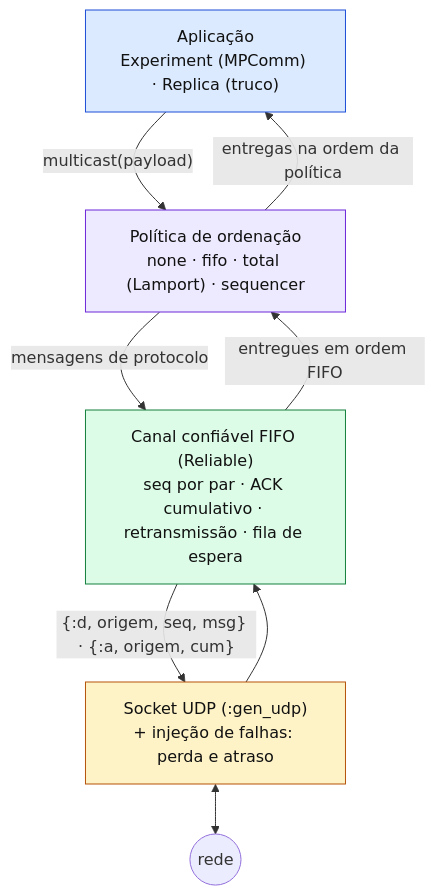
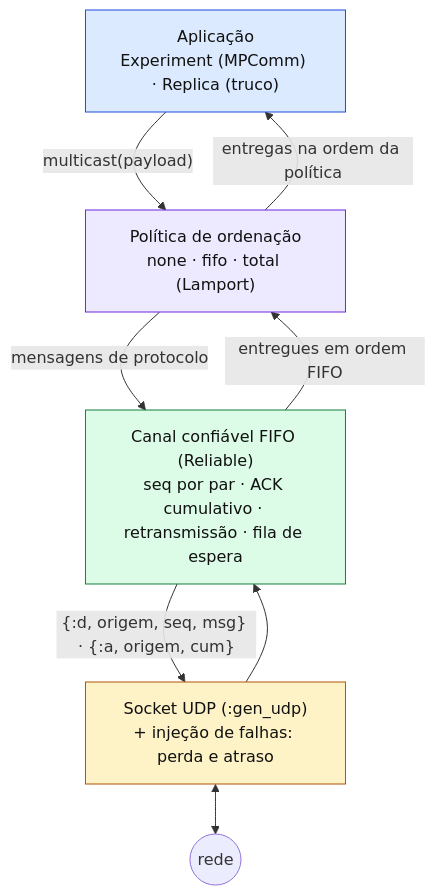
The diagram in docs/diagramas/1b-camadas-peer.mmd (AndreFilho0/TrucoON), drawn with Mermaid before and after one commit. The commit also changed 44 other files, not shown here.

First line of the commit message:
Checkpoint 3: ordem total com Lamport, painel e README final

```diff
--- a/docs/diagramas/1b-camadas-peer.mmd
+++ b/docs/diagramas/1b-camadas-peer.mmd
@@ -1,24 +1,24 @@
 %% Camadas do multicast dentro de um peer
 flowchart TB
   APP["Aplicação<br/>Experiment (MPComm) · Replica (truco)"]
-  ORD["Política de ordenação<br/>none · fifo · total (Lamport) · sequencer"]
+  ORD["Política de ordenação<br/>none · fifo · total (Lamport)"]
   REL["Canal confiável FIFO (Reliable)<br/>seq por par · ACK cumulativo · retransmissão · fila de espera"]
   UDP["Socket UDP (:gen_udp)<br/>+ injeção de falhas: perda e atraso"]
   NET(("rede"))
 
   APP -- "multicast(payload)" --> ORD
   ORD -- "entregas na ordem da política" --> APP
   ORD -- "mensagens de protocolo" --> REL
   REL -- "entregues em ordem FIFO" --> ORD
   REL -- "{:d, origem, seq, msg} · {:a, origem, cum}" --> UDP
   UDP --> REL
   UDP <--> NET
 
   classDef app fill:#DBEAFE,stroke:#1D4ED8,color:#111
   classDef ord fill:#EDE9FE,stroke:#6D28D9,color:#111
   classDef rel fill:#DCFCE7,stroke:#15803D,color:#111
   classDef udp fill:#FEF3C7,stroke:#B45309,color:#111
   class APP app
   class ORD ord
   class REL rel
   class UDP udp
```
